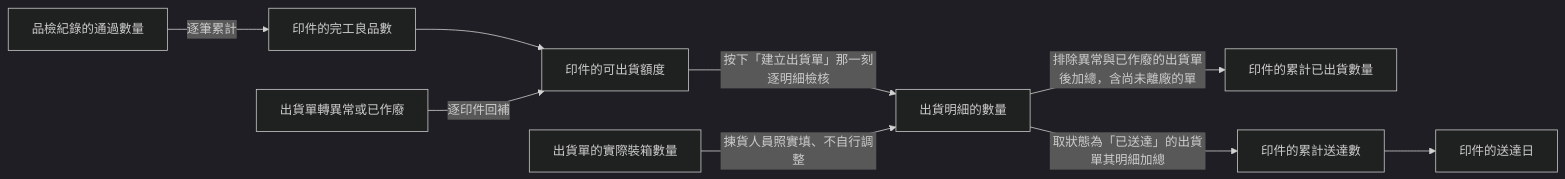
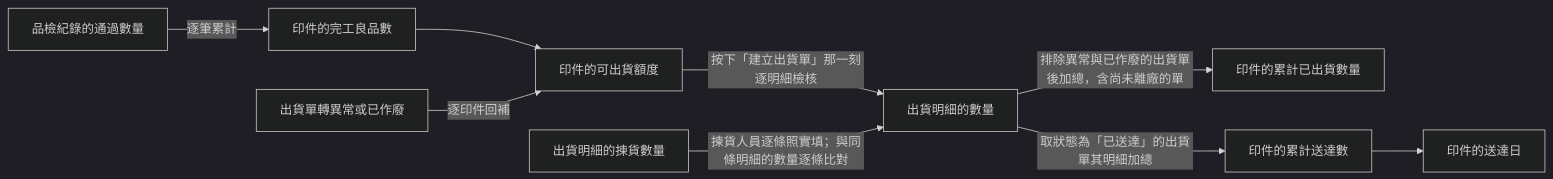
Before and after one commit to Kawato-Miles/erp-spec: the third of 4 diagrams in memory/Sens_wiki/wiki/erp/05-entities/履約與售後資料結構總覽.md, drawn with Mermaid (dark theme). The commit also changed other lines of this file and 66 other files, not shown here.

````diff
--- a/memory/Sens_wiki/wiki/erp/05-entities/履約與售後資料結構總覽.md
+++ b/memory/Sens_wiki/wiki/erp/05-entities/履約與售後資料結構總覽.md
@@ -89,11 +92,11 @@
 ```mermaid
 flowchart LR
     Q1["品檢紀錄的通過數量"] -->|"逐筆累計"| Q2["印件的完工良品數"]
     Q2 --> Q3["印件的可出貨額度"]
     Q3 -->|"按下「建立出貨單」那一刻逐明細檢核"| Q4["出貨明細的數量"]
     Q4 -->|"排除異常與已作廢的出貨單後加總，含尚未離廠的單"| Q5["印件的累計已出貨數量"]
     Q4 -->|"取狀態為「已送達」的出貨單其明細加總"| Q6["印件的累計送達數"]
     Q6 --> Q7["印件的送達日"]
-    Q8["出貨單的實際裝箱數量"] -->|"揀貨人員照實填、不自行調整"| Q4
+    Q8["出貨明細的揀貨數量"] -->|"揀貨人員逐條照實填；與同條明細的數量逐條比對"| Q4
     Q9["出貨單轉異常或已作廢"] -->|"逐印件回補"| Q3
 ```
````
